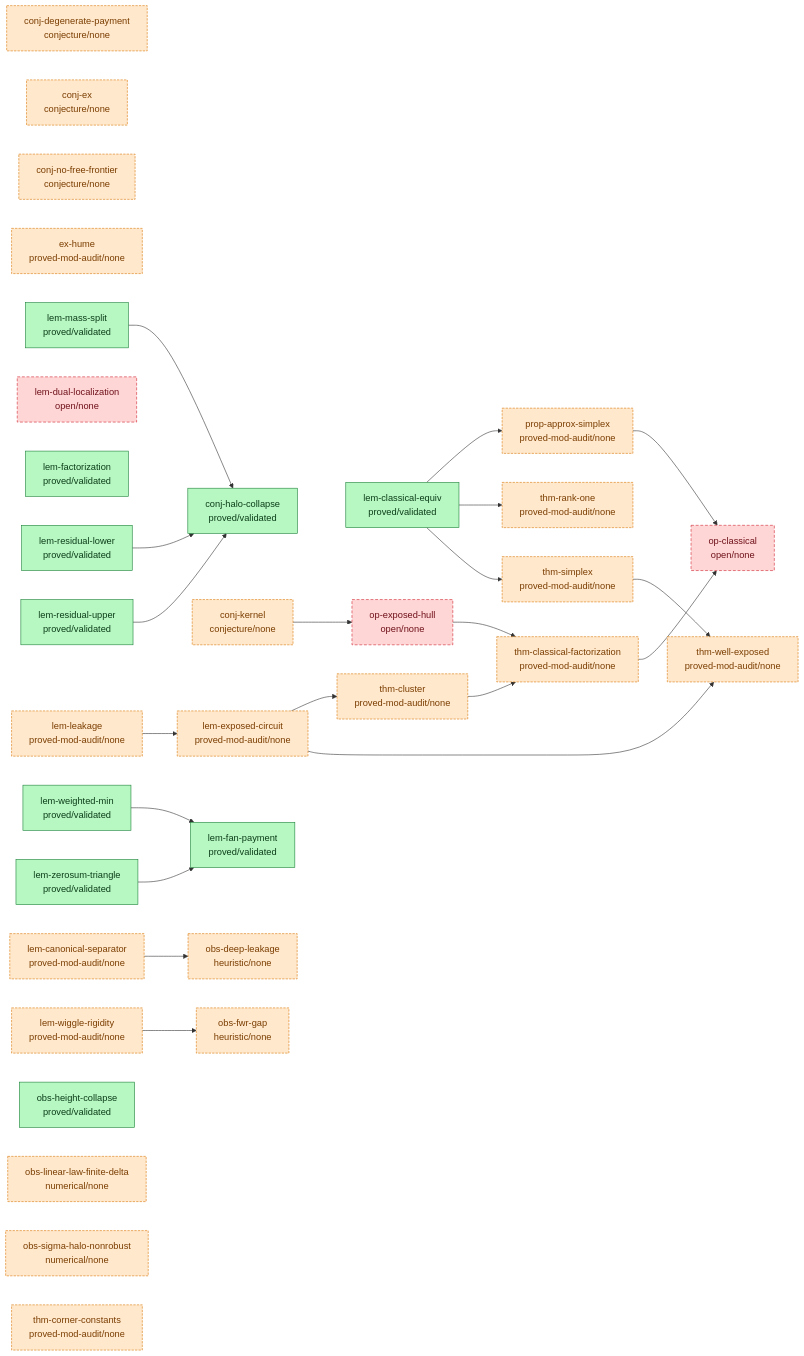
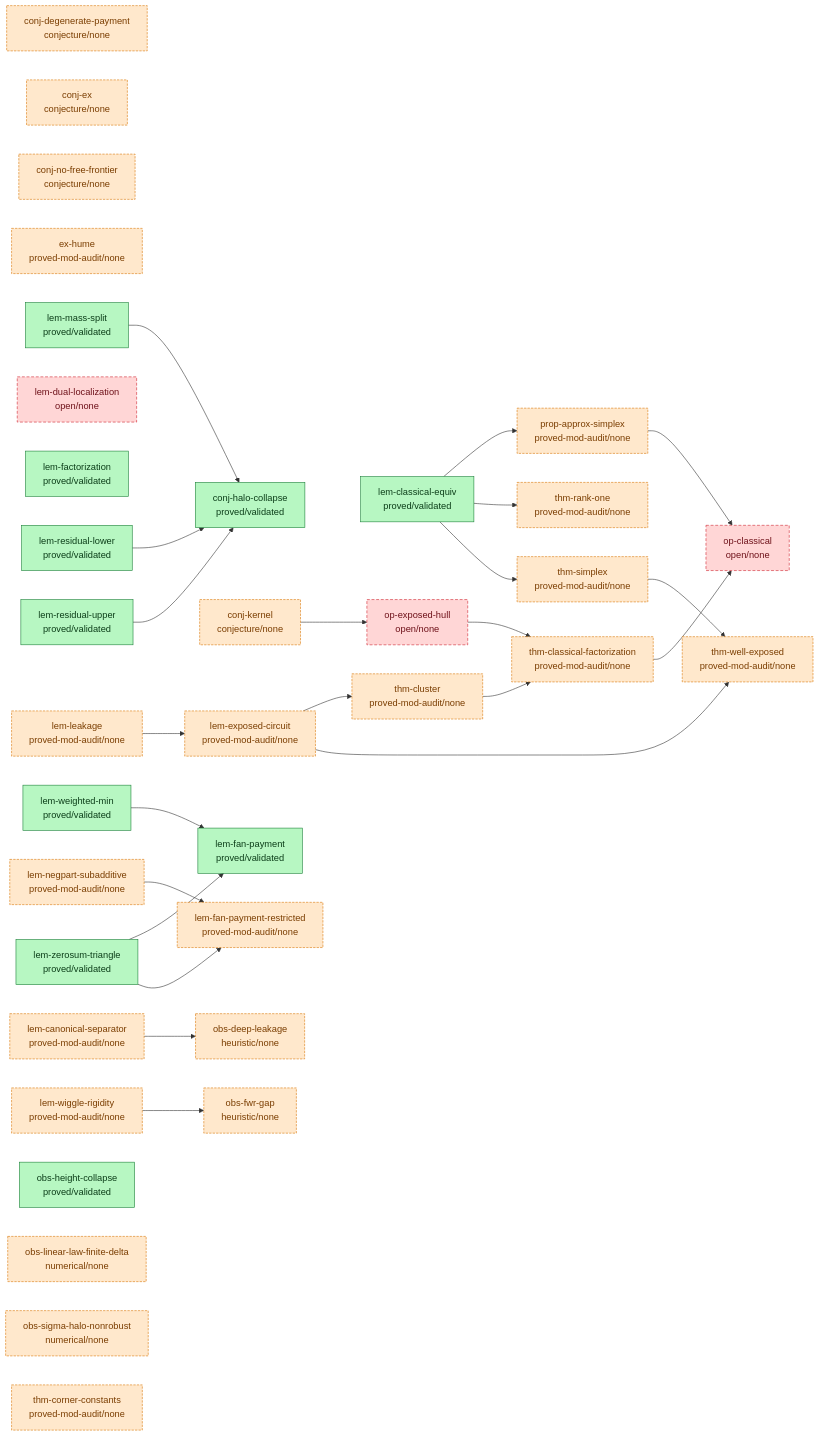
The diagram in argument/DAG.md (tobiasosborne/almost-idempotent-stochastic-maps), drawn with Mermaid before and after one commit. The commit also changed other lines of this file and 5 other files, not shown here.

First line of the commit message:
Codify lem-fan-payment-restricted (sharp 2+sqrt(2)) + lem-negpart-subadditive

````diff
--- a/argument/DAG.md
+++ b/argument/DAG.md
@@ -6,65 +6,69 @@
 ```mermaid
 graph LR
   classDef validated fill:#b7f7c2,stroke:#1a7f37,color:#0b3d18;
   classDef proved fill:#cfe3ff,stroke:#0969da,color:#0a3069;
   classDef seeded fill:#fff3c4,stroke:#bf8700,color:#5a4500;
   classDef stated fill:#eaecef,stroke:#8b949e,color:#24292f;
   classDef cited fill:#e7d6ff,stroke:#8250df,color:#3b1a73;
   classDef nonrigorous fill:#ffe8cc,stroke:#d97706,color:#7a3d00,stroke-dasharray:4 2;
   classDef open fill:#ffd6d6,stroke:#cf222e,color:#6e1119,stroke-dasharray:5 3;
   conj-degenerate-payment["conj-degenerate-payment<br/>conjecture/none"]
   conj-ex["conj-ex<br/>conjecture/none"]
   conj-halo-collapse["conj-halo-collapse<br/>proved/validated"]
   conj-kernel["conj-kernel<br/>conjecture/none"]
   conj-no-free-frontier["conj-no-free-frontier<br/>conjecture/none"]
   ex-hume["ex-hume<br/>proved-mod-audit/none"]
   lem-canonical-separator["lem-canonical-separator<br/>proved-mod-audit/none"]
   lem-classical-equiv["lem-classical-equiv<br/>proved/validated"]
   lem-dual-localization["lem-dual-localization<br/>open/none"]
   lem-exposed-circuit["lem-exposed-circuit<br/>proved-mod-audit/none"]
   lem-factorization["lem-factorization<br/>proved/validated"]
   lem-fan-payment["lem-fan-payment<br/>proved/validated"]
+  lem-fan-payment-restricted["lem-fan-payment-restricted<br/>proved-mod-audit/none"]
   lem-leakage["lem-leakage<br/>proved-mod-audit/none"]
   lem-mass-split["lem-mass-split<br/>proved/validated"]
+  lem-negpart-subadditive["lem-negpart-subadditive<br/>proved-mod-audit/none"]
   lem-residual-lower["lem-residual-lower<br/>proved/validated"]
   lem-residual-upper["lem-residual-upper<br/>proved/validated"]
   lem-weighted-min["lem-weighted-min<br/>proved/validated"]
   lem-wiggle-rigidity["lem-wiggle-rigidity<br/>proved-mod-audit/none"]
   lem-zerosum-triangle["lem-zerosum-triangle<br/>proved/validated"]
   obs-deep-leakage["obs-deep-leakage<br/>heuristic/none"]
   obs-fwr-gap["obs-fwr-gap<br/>heuristic/none"]
   obs-height-collapse["obs-height-collapse<br/>proved/validated"]
   obs-linear-law-finite-delta["obs-linear-law-finite-delta<br/>numerical/none"]
   obs-sigma-halo-nonrobust["obs-sigma-halo-nonrobust<br/>numerical/none"]
   op-classical["op-classical<br/>open/none"]
   op-exposed-hull["op-exposed-hull<br/>open/none"]
   prop-approx-simplex["prop-approx-simplex<br/>proved-mod-audit/none"]
   thm-classical-factorization["thm-classical-factorization<br/>proved-mod-audit/none"]
   thm-cluster["thm-cluster<br/>proved-mod-audit/none"]
   thm-corner-constants["thm-corner-constants<br/>proved-mod-audit/none"]
   thm-rank-one["thm-rank-one<br/>proved-mod-audit/none"]
   thm-simplex["thm-simplex<br/>proved-mod-audit/none"]
   thm-well-exposed["thm-well-exposed<br/>proved-mod-audit/none"]
   conj-kernel --> op-exposed-hull
   lem-canonical-separator --> obs-deep-leakage
   lem-classical-equiv --> prop-approx-simplex
   lem-classical-equiv --> thm-rank-one
   lem-classical-equiv --> thm-simplex
   lem-exposed-circuit --> thm-cluster
   lem-exposed-circuit --> thm-well-exposed
   lem-leakage --> lem-exposed-circuit
   lem-mass-split --> conj-halo-collapse
+  lem-negpart-subadditive --> lem-fan-payment-restricted
   lem-residual-lower --> conj-halo-collapse
   lem-residual-upper --> conj-halo-collapse
   lem-weighted-min --> lem-fan-payment
   lem-wiggle-rigidity --> obs-fwr-gap
   lem-zerosum-triangle --> lem-fan-payment
+  lem-zerosum-triangle --> lem-fan-payment-restricted
   op-exposed-hull --> thm-classical-factorization
   prop-approx-simplex --> op-classical
   thm-classical-factorization --> op-classical
   thm-cluster --> thm-classical-factorization
   thm-simplex --> thm-well-exposed
   class conj-halo-collapse,lem-classical-equiv,lem-factorization,lem-fan-payment,lem-mass-split,lem-residual-lower,lem-residual-upper,lem-weighted-min,lem-zerosum-triangle,obs-height-collapse validated;
-  class conj-degenerate-payment,conj-ex,conj-kernel,conj-no-free-frontier,ex-hume,lem-canonical-separator,lem-exposed-circuit,lem-leakage,lem-wiggle-rigidity,obs-deep-leakage,obs-fwr-gap,obs-linear-law-finite-delta,obs-sigma-halo-nonrobust,prop-approx-simplex,thm-classical-factorization,thm-cluster,thm-corner-constants,thm-rank-one,thm-simplex,thm-well-exposed nonrigorous;
+  class conj-degenerate-payment,conj-ex,conj-kernel,conj-no-free-frontier,ex-hume,lem-canonical-separator,lem-exposed-circuit,lem-fan-payment-restricted,lem-leakage,lem-negpart-subadditive,lem-wiggle-rigidity,obs-deep-leakage,obs-fwr-gap,obs-linear-law-finite-delta,obs-sigma-halo-nonrobust,prop-approx-simplex,thm-classical-factorization,thm-cluster,thm-corner-constants,thm-rank-one,thm-simplex,thm-well-exposed nonrigorous;
   class lem-dual-localization,op-classical,op-exposed-hull open;
 ```
````
